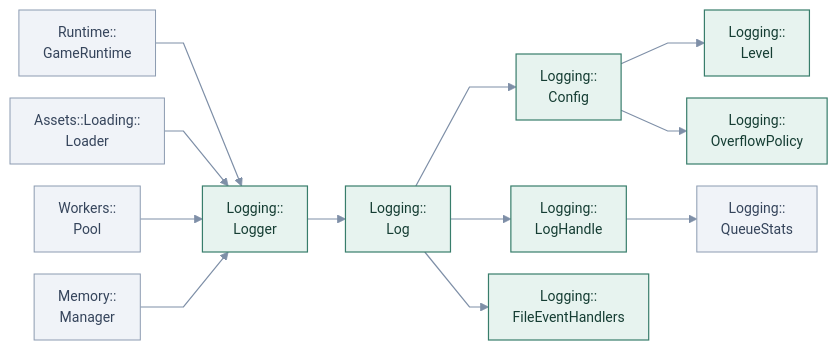
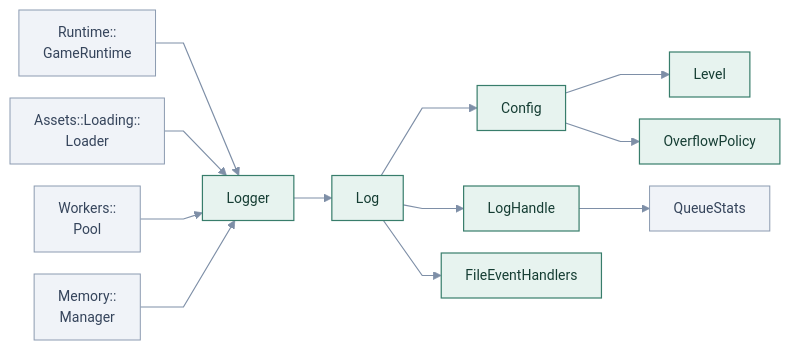
One commit to cppcooper/cheryl-engine changed the diagram in docs/site/engine-systems/diagrams/logging-internal.mmd. Above: the diagram before and after it, drawn with Mermaid. The commit also changed 54 other files, not shown here.

First line of the commit message:
Simplifies signatures and namespace labels across subsystem diagrams

```diff
--- a/docs/site/engine-systems/diagrams/logging-internal.mmd
+++ b/docs/site/engine-systems/diagrams/logging-internal.mmd
@@ -1,44 +1,44 @@
 ---
 config:
   theme: base
   themeVariables:
     fontFamily: system-ui, sans-serif
     fontSize: 14px
   flowchart:
     htmlLabels: true
     curve: linear
     nodeSpacing: 22
     rankSpacing: 38
     padding: 12
 ---
 flowchart LR
     accTitle: Logging · engine integration
-    accDescr: Arrows point toward dependencies. Application roles are rounded; named API operations have rounded corners. Dashed arrows mark optional choices.
+    accDescr: Local names omit Logging::; ambiguous nested namespaces remain qualified. Local names omit Logging::; ambiguous nested namespaces remain qualified. Arrows point toward dependencies. Application roles are rounded; named API operations have rounded corners. Dashed arrows mark optional choices.
     k0["Runtime::<br/>GameRuntime"]:::neighbor
-    k1["Logging::<br/>Logger"]:::focal
+    k1["Logger"]:::focal
     k2["Assets::Loading::<br/>Loader"]:::neighbor
     k3["Workers::<br/>Pool"]:::neighbor
     k4["Memory::<br/>Manager"]:::neighbor
-    k5["Logging::<br/>Log"]:::focal
-    k6["Logging::<br/>Config"]:::focal
-    k7["Logging::<br/>LogHandle"]:::focal
-    k8["Logging::<br/>QueueStats"]:::neighbor
-    k9["Logging::<br/>FileEventHandlers"]:::focal
-    k10["Logging::<br/>Level"]:::focal
-    k11["Logging::<br/>OverflowPolicy"]:::focal
+    k5["Log"]:::focal
+    k6["Config"]:::focal
+    k7["LogHandle"]:::focal
+    k8["QueueStats"]:::neighbor
+    k9["FileEventHandlers"]:::focal
+    k10["Level"]:::focal
+    k11["OverflowPolicy"]:::focal
     k0 --> k1
     k2 --> k1
     k3 --> k1
     k4 --> k1
     k1 --> k5
     k5 --> k6
     k7 --> k8
     k5 --> k9
     k6 --> k10
     k6 --> k11
     k5 --> k7
     classDef focal fill:#e7f3ef,stroke:#387d6b,color:#153d33,stroke-width:1.2px
     classDef neighbor fill:#f0f3f8,stroke:#8c9bb1,color:#35445b,stroke-width:1px
     classDef app fill:#fff2df,stroke:#c09452,color:#674515,stroke-dasharray:5 3
     classDef system fill:#eaf0fc,stroke:#617fab,color:#263f69,stroke-width:1.2px
     linkStyle default stroke:#7e8fa7,stroke-width:1.2px
```
